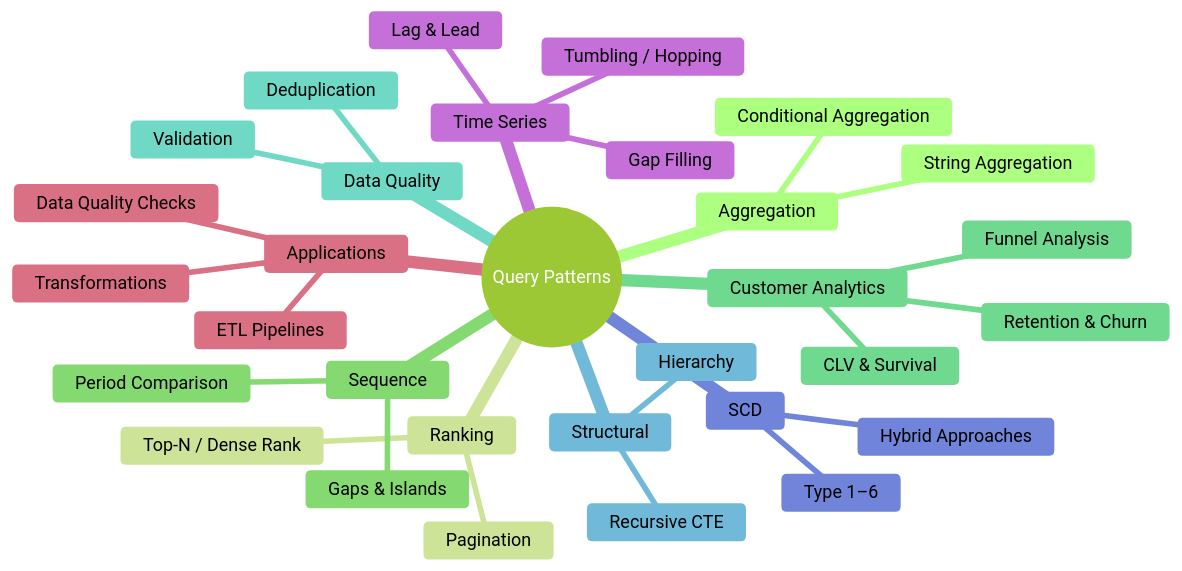
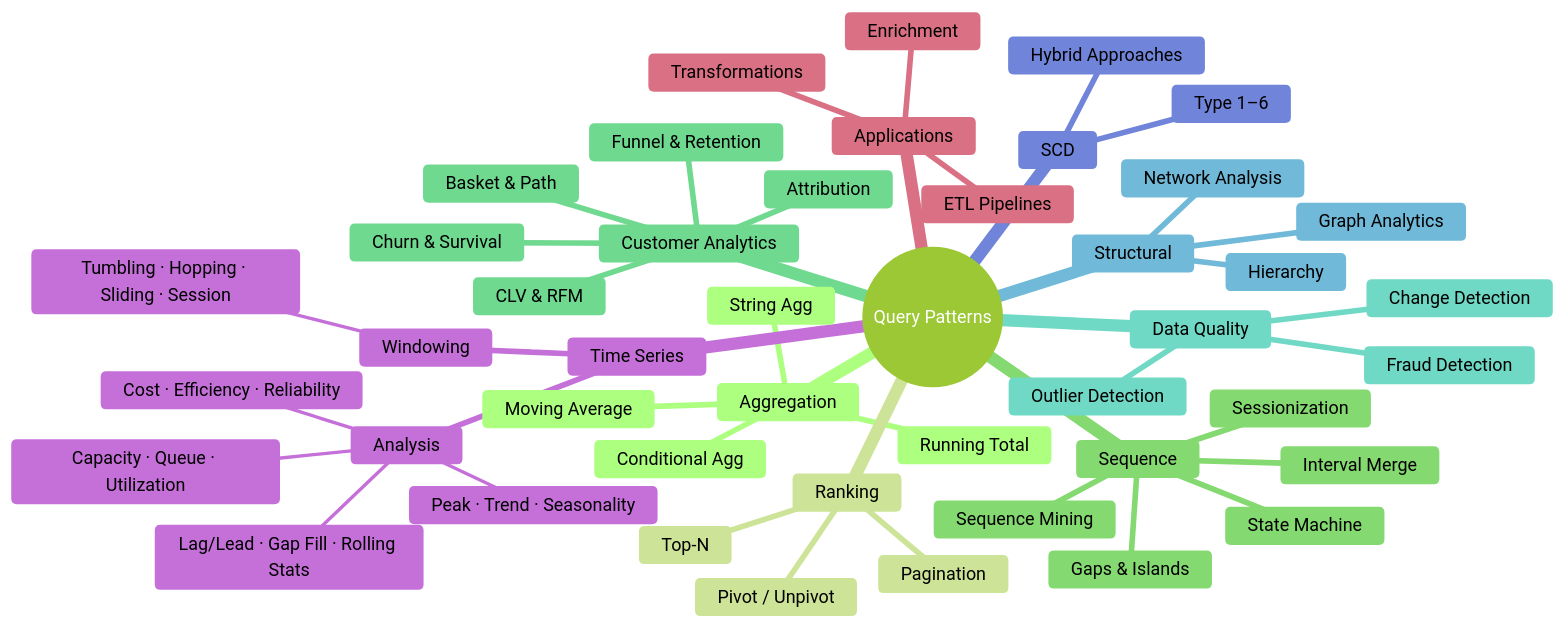
One commit to mahfooziiitian/spark-batch changed the first of 2 diagrams in spark-sql/docs/patterns/index.md. Above: the diagram before and after it, drawn with Mermaid (forest theme). The commit also changed other lines of this file and 235 other files, not shown here.

````diff
--- a/spark-sql/docs/patterns/index.md
+++ b/spark-sql/docs/patterns/index.md
@@ -9,34 +9,48 @@
 ```mermaid
 mindmap
   root((Query Patterns))
     Aggregation
-      String Aggregation
-      Conditional Aggregation
+      Running Total
+      Moving Average
+      Conditional Agg
+      String Agg
     Ranking
+      Top-N
       Pagination
-      Top-N / Dense Rank
+      Pivot / Unpivot
     Sequence
       Gaps & Islands
-      Period Comparison
+      Sessionization
+      Interval Merge
+      Sequence Mining
+      State Machine
     Customer Analytics
-      Funnel Analysis
-      Retention & Churn
-      CLV & Survival
+      Funnel & Retention
+      CLV & RFM
+      Basket & Path
+      Attribution
+      Churn & Survival
     Data Quality
-      Deduplication
-      Validation
+      Change Detection
+      Outlier Detection
+      Fraud Detection
     Structural
       Hierarchy
-      Recursive CTE
+      Graph Analytics
+      Network Analysis
     SCD
       Type 1–6
       Hybrid Approaches
     Time Series
-      Tumbling / Hopping
-      Gap Filling
-      Lag & Lead
+      Windowing
+        Tumbling · Hopping · Sliding · Session
+      Analysis
+        Lag/Lead · Gap Fill · Rolling Stats
+        Peak · Trend · Seasonality
+        Capacity · Queue · Utilization
+        Cost · Efficiency · Reliability
     Applications
       ETL Pipelines
-      Data Quality Checks
       Transformations
+      Enrichment
 ```
````
